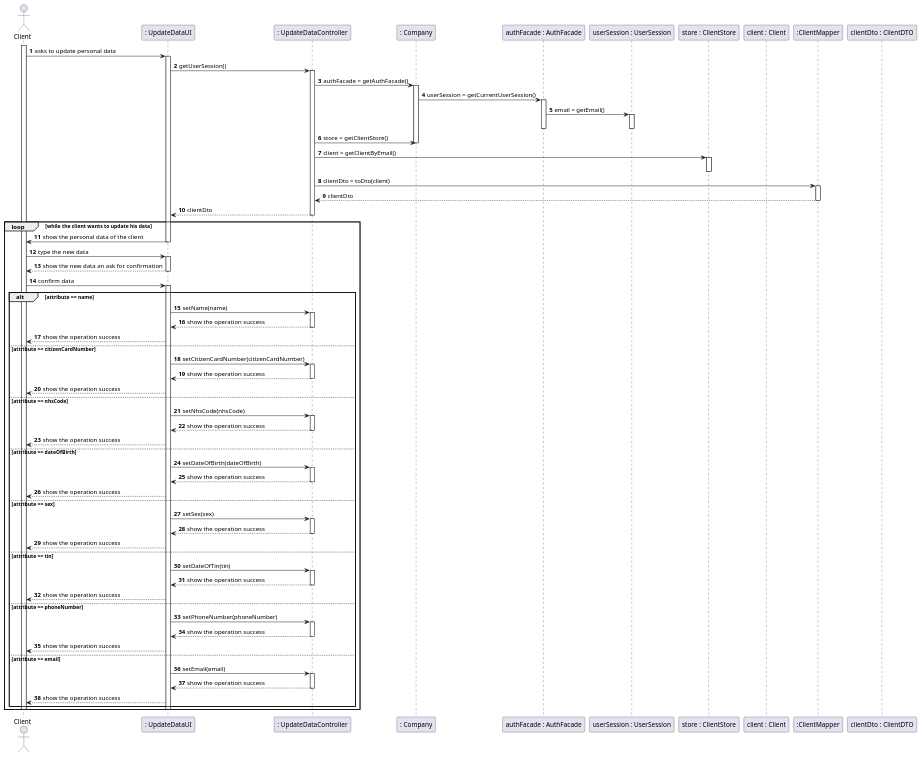
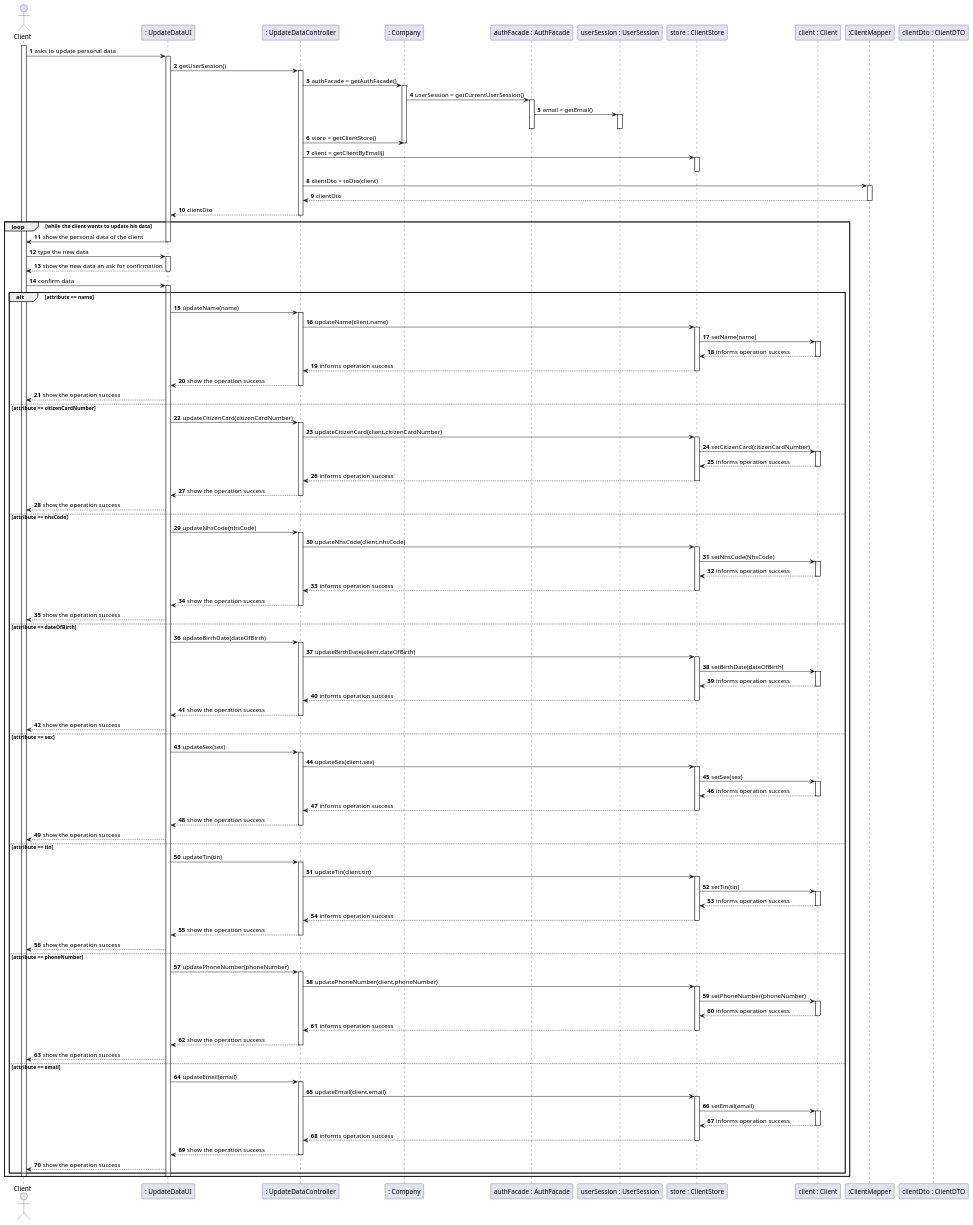
Before and after one commit to manu-07-ela/LAPR2_ISEP: the diagram in docs/SprintD/US02/US02_SD.puml, drawn with PlantUML. The commit also changed 3 other files, not shown here.

Commit message:
Changes in US13 SD and some changes in UpdateDataController and ClientStore

```diff
--- a/docs/SprintD/US02/US02_SD.puml
+++ b/docs/SprintD/US02/US02_SD.puml
@@ -1,103 +1,167 @@
 @startuml
 'https://plantuml.com/sequence-diagram
 
 autonumber
 actor "Client" as CL
 
 participant ": UpdateDataUI" as UI
 participant ": UpdateDataController" as CTRL
 participant ": Company" as COMP
 participant "authFacade : AuthFacade" as AUTH
 participant "userSession : UserSession" as SESSION
 participant "store : ClientStore" as STORE
 participant "client : Client" as CLIENT
 participant ":ClientMapper" as MAPPER
 participant "clientDto : ClientDTO" as DTO
 activate CL
 CL -> UI : asks to update personal data
 activate UI
 UI -> CTRL : getUserSession()
 activate CTRL
 CTRL -> COMP : authFacade = getAuthFacade()
 activate COMP
 COMP->AUTH : userSession = getCurrentUserSession()
 activate AUTH
 AUTH-> SESSION : email = getEmail()
 activate SESSION
 deactivate SESSION
 deactivate AUTH
 CTRL->COMP : store = getClientStore()
 deactivate COMP
 CTRL->STORE : client = getClientByEmail()
 activate STORE
 deactivate STORE
 CTRL-> MAPPER : clientDto = toDto(client)
 activate MAPPER
 MAPPER-->CTRL : clientDto
 deactivate MAPPER
 CTRL-->UI : clientDto
 deactivate CTRL
 
 loop while the client wants to update his data
 UI -> CL : show the personal data of the client
 deactivate UI
 CL -> UI : type the new data
 activate UI
 UI -->CL : show the new data an ask for confirmation
 deactivate UI
 CL->UI: confirm data
 activate UI
 alt attribute == name
-UI-> CTRL : setName(name)
+UI-> CTRL : updateName(name)
 activate CTRL
+CTRL -> STORE : updateName(client,name)
+activate STORE
+STORE -> CLIENT : setName(name)
+activate CLIENT
+CLIENT --> STORE : informs operation success
+deactivate CLIENT
+STORE --> CTRL : informs operation success
+deactivate STORE
 CTRL --> UI : show the operation success
 deactivate CTRL
 UI-->CL : show the operation success
 else attribute == citizenCardNumber
-UI-> CTRL : setCitizenCardNumber(citizenCardNumber)
+UI-> CTRL : updateCitizenCard(citizenCardNumber)
 activate CTRL
+CTRL -> STORE : updateCitizenCard(client,citizenCardNumber)
+activate STORE
+STORE -> CLIENT : setCitizenCard(citizenCardNumber)
+activate CLIENT
+CLIENT --> STORE : informs operation success
+deactivate CLIENT
+STORE --> CTRL : informs operation success
+deactivate STORE
 CTRL --> UI : show the operation success
 deactivate CTRL
 UI-->CL : show the operation success
 else attribute == nhsCode
-UI->CTRL : setNhsCode(nhsCode)
+UI->CTRL : updateNhsCode(nhsCode)
 activate CTRL
+CTRL -> STORE : updateNhsCode(client,nhsCode)
+activate STORE
+STORE -> CLIENT : setNhsCode(NhsCode)
+activate CLIENT
+CLIENT --> STORE : informs operation success
+deactivate CLIENT
+STORE --> CTRL : informs operation success
+deactivate STORE
 CTRL --> UI : show the operation success
 deactivate CTRL
 UI-->CL : show the operation success
 else attribute == dateOfBirth
-UI-> CTRL : setDateOfBirth(dateOfBirth)
+UI-> CTRL : updateBirthDate(dateOfBirth)
 activate CTRL
+CTRL -> STORE : updateBirthDate(client,dateOfBirth)
+activate STORE
+STORE -> CLIENT : setBirthDate(dateOfBirth)
+activate CLIENT
+CLIENT --> STORE : informs operation success
+deactivate CLIENT
+STORE --> CTRL : informs operation success
+deactivate STORE
 CTRL --> UI : show the operation success
 deactivate CTRL
 UI-->CL : show the operation success
 else attribute == sex
-UI-> CTRL : setSex(sex)
+UI-> CTRL : updateSex(sex)
 activate CTRL
+CTRL -> STORE : updateSex(client,sex)
+activate STORE
+STORE -> CLIENT : setSex(sex)
+activate CLIENT
+CLIENT --> STORE : informs operation success
+deactivate CLIENT
+STORE --> CTRL : informs operation success
+deactivate STORE
 CTRL --> UI : show the operation success
 deactivate CTRL
 UI-->CL : show the operation success
 else attribute == tin
-UI-> CTRL : setDateOfTin(tin)
+UI-> CTRL : updateTin(tin)
 activate CTRL
+CTRL -> STORE : updateTin(client,tin)
+activate STORE
+STORE -> CLIENT : setTin(tin)
+activate CLIENT
+CLIENT --> STORE : informs operation success
+deactivate CLIENT
+STORE --> CTRL : informs operation success
+deactivate STORE
 CTRL --> UI : show the operation success
 deactivate CTRL
 UI-->CL : show the operation success
 else attribute == phoneNumber
-UI-> CTRL : setPhoneNumber(phoneNumber)
+UI-> CTRL : updatePhoneNumber(phoneNumber)
 activate CTRL
+CTRL -> STORE : updatePhoneNumber(client,phoneNumber)
+activate STORE
+STORE -> CLIENT : setPhoneNumber(phoneNumber)
+activate CLIENT
+CLIENT --> STORE : informs operation success
+deactivate CLIENT
+STORE --> CTRL : informs operation success
+deactivate STORE
 CTRL --> UI : show the operation success
 deactivate CTRL
 UI-->CL : show the operation success
 else attribute == email
-UI-> CTRL : setEmail(email)
+UI-> CTRL : updateEmail(email)
 activate CTRL
+CTRL -> STORE : updateEmail(client,email)
+activate STORE
+STORE -> CLIENT : setEmail(email)
+activate CLIENT
+CLIENT --> STORE : informs operation success
+deactivate CLIENT
+STORE --> CTRL : informs operation success
+deactivate STORE
 CTRL --> UI : show the operation success
 deactivate CTRL
 UI-->CL : show the operation success
 end alt
 deactivate UI
 deactivate CL
 end
 
 @enduml
```
